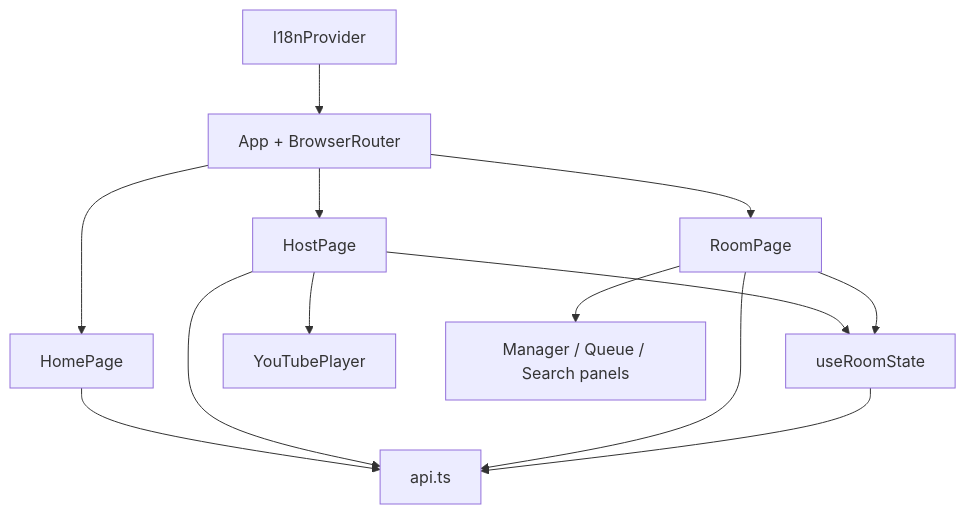
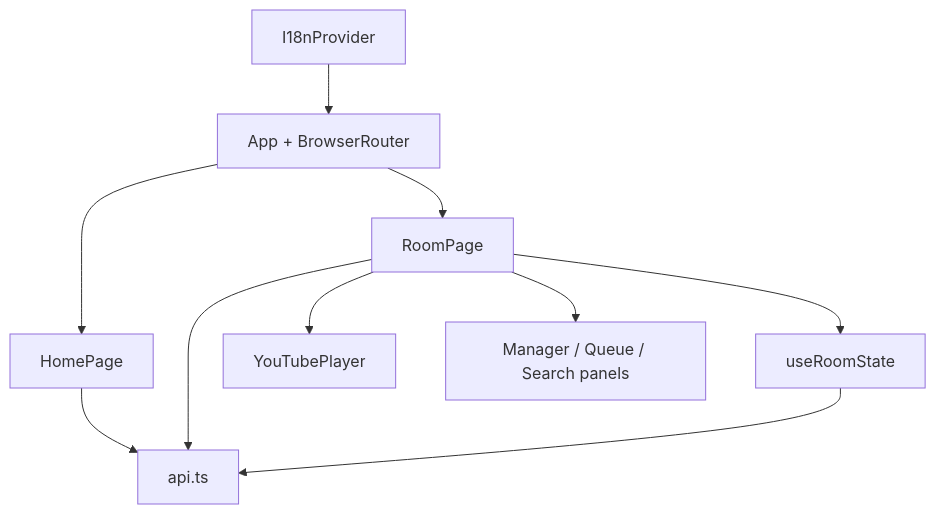
One commit to whitekw/jukebox changed the third of 7 diagrams in docs/ARCHITECTURE.md. Above: the diagram before and after it, drawn with Mermaid. The commit also changed other lines of this file and 19 other files, not shown here.

````diff
--- a/docs/ARCHITECTURE.md
+++ b/docs/ARCHITECTURE.md
@@ -104,25 +104,21 @@
 ```mermaid
 flowchart TB
     APP[App + BrowserRouter]
     HOME[HomePage]
-    HOST[HostPage]
     ROOM[RoomPage]
     HOOK[useRoomState]
     API[api.ts]
     PLAYER[YouTubePlayer]
     PANELS[Manager / Queue / Search panels]
     I18N[I18nProvider]
 
     I18N --> APP
     APP --> HOME
-    APP --> HOST
     APP --> ROOM
     HOME --> API
-    HOST --> HOOK
-    HOST --> API
-    HOST --> PLAYER
     ROOM --> HOOK
     ROOM --> API
+    ROOM --> PLAYER
     ROOM --> PANELS
     HOOK --> API
 ```
````
